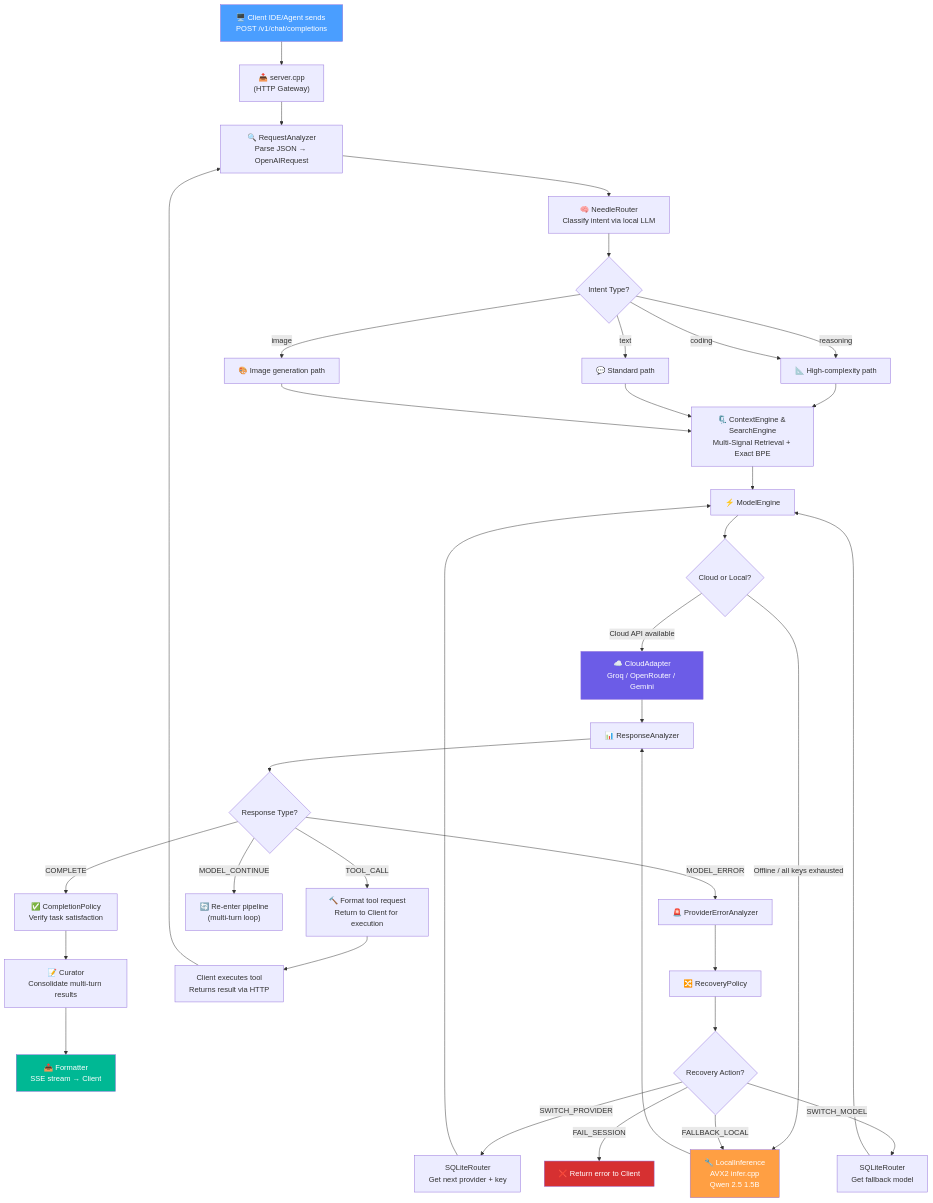
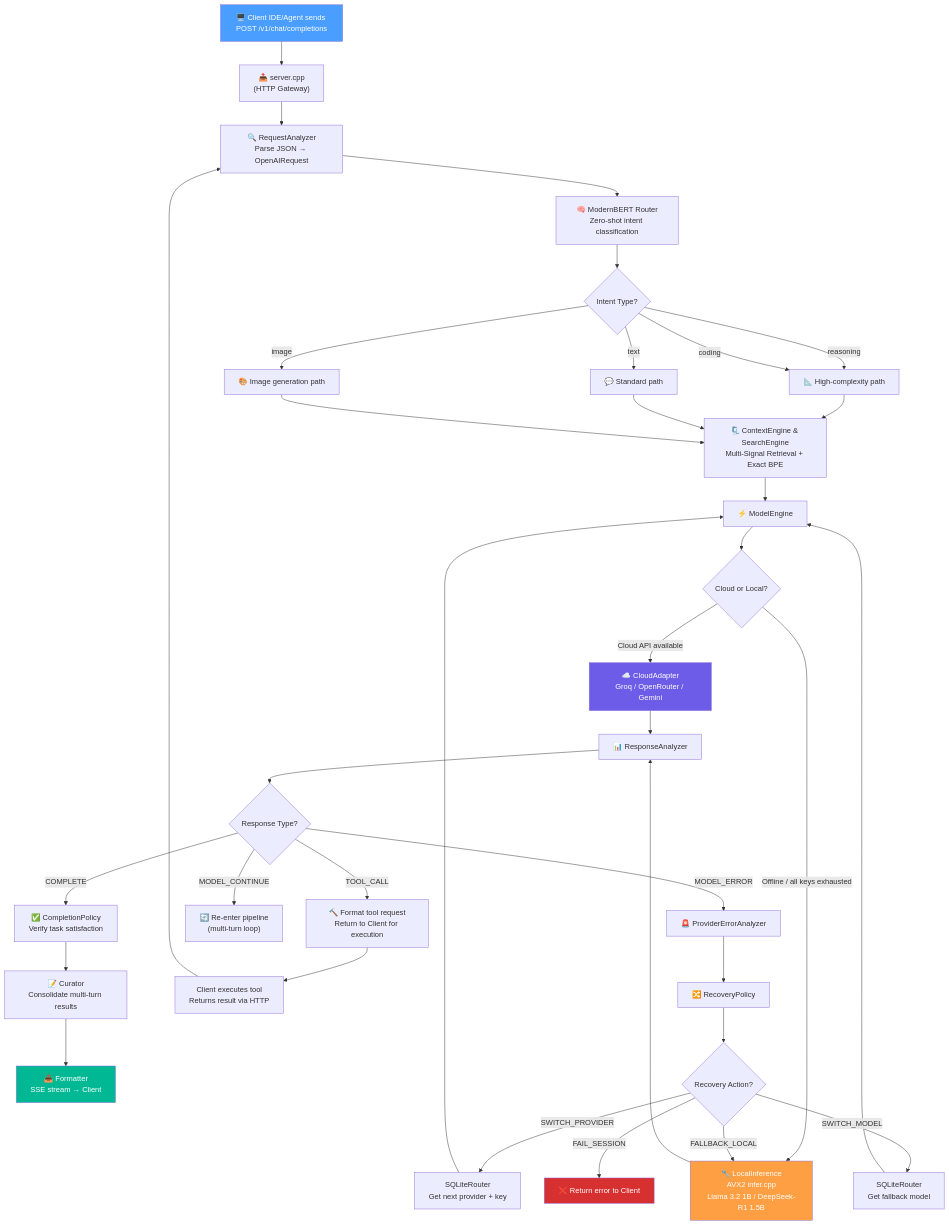
The first of 4 diagrams in README.md (ahtesham-clcbws/DenseLite), drawn with Mermaid before and after one commit. The commit also changed other lines of this file and 10 other files, not shown here.

Commit message:
docs: align all documentation, diagrams, benchmarks and client guides with canonical model stack and Vulkan GPU resource management

````diff
--- a/README.md
+++ b/README.md
@@ -80,55 +80,55 @@
 ```mermaid
 flowchart TD
     A["🖥️ Client IDE/Agent sends POST /v1/chat/completions"] --> B["📥 server.cpp<br/>(HTTP Gateway)"]
     B --> C["🔍 RequestAnalyzer<br/>Parse JSON → OpenAIRequest"]
-    C --> D["🧠 NeedleRouter<br/>Classify intent via local LLM"]
+    C --> D["🧠 ModernBERT Router<br/>Zero-shot intent classification"]
     D --> E{"Intent Type?"}
 
     E -->|"reasoning"| F["📐 High-complexity path"]
     E -->|"coding"| F
     E -->|"text"| G["💬 Standard path"]
     E -->|"image"| H["🎨 Image generation path"]
 
     F --> I["🗜️ ContextEngine & SearchEngine<br/>Multi-Signal Retrieval + Exact BPE"]
     G --> I
     H --> I
 
     I --> J["⚡ ModelEngine"]
     J --> K{"Cloud or Local?"}
 
     K -->|"Cloud API available"| L["☁️ CloudAdapter<br/>Groq / OpenRouter / Gemini"]
-    K -->|"Offline / all keys exhausted"| M["🔧 LocalInference<br/>AVX2 infer.cpp<br/>Qwen 2.5 1.5B"]
+    K -->|"Offline / all keys exhausted"| M["🔧 LocalInference<br/>AVX2 infer.cpp<br/>Llama 3.2 1B / DeepSeek-R1 1.5B"]
 
     L --> N["📊 ResponseAnalyzer"]
     M --> N
 
     N --> O{"Response Type?"}
 
     O -->|"COMPLETE"| P["✅ CompletionPolicy<br/>Verify task satisfaction"]
     O -->|"TOOL_CALL"| Q["🔨 Format tool request<br/>Return to Client for execution"]
     O -->|"MODEL_CONTINUE"| R["🔄 Re-enter pipeline<br/>(multi-turn loop)"]
     O -->|"MODEL_ERROR"| S["🚨 ProviderErrorAnalyzer"]
 
     P --> T["📝 Curator<br/>Consolidate multi-turn results"]
     T --> U["📤 Formatter<br/>SSE stream → Client"]
 
     Q --> V["Client executes tool<br/>Returns result via HTTP"]
     V --> C
 
     S --> W["🔀 RecoveryPolicy"]
     W --> X{"Recovery Action?"}
 
     X -->|"SWITCH_PROVIDER"| Y["SQLiteRouter<br/>Get next provider + key"]
     X -->|"SWITCH_MODEL"| Z["SQLiteRouter<br/>Get fallback model"]
     X -->|"FALLBACK_LOCAL"| M
     X -->|"FAIL_SESSION"| AA["❌ Return error to Client"]
 
     Y --> J
     Z --> J
 
     style A fill:#4a9eff,color:#fff
     style M fill:#ff9f43,color:#fff
     style L fill:#6c5ce7,color:#fff
     style U fill:#00b894,color:#fff
     style AA fill:#d63031,color:#fff
 ```
````
